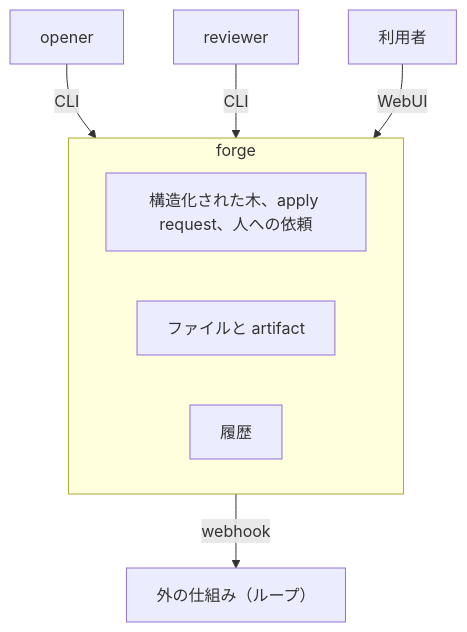
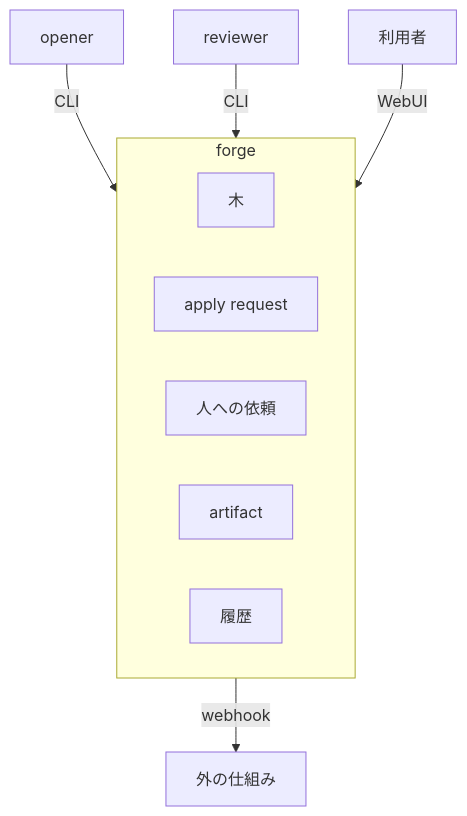
One commit to yamambainc/logiforge changed the diagram in docs/architecture/README.md. Above: the diagram before and after it, drawn with Mermaid. The commit also changed 9 other files, not shown here.

First line of the commit message:
docs, design: mermaid の中に説明文を書かない規則を skill に足し、図を直した

````diff
--- a/docs/architecture/README.md
+++ b/docs/architecture/README.md
@@ -7,12 +7,14 @@
 ```mermaid
 flowchart TB
   O["opener"] -- CLI --> S
   R["reviewer"] -- CLI --> S
   U["利用者"] -- WebUI --> S
   subgraph S["forge"]
-    T["構造化された木、apply request、人への依頼"]
-    F["ファイルと artifact"]
+    T1["木"]
+    T2["apply request"]
+    T3["人への依頼"]
+    F["artifact"]
     L["履歴"]
   end
-  S -- webhook --> X["外の仕組み（ループ）"]
+  S -- webhook --> X["外の仕組み"]
 ```
````
